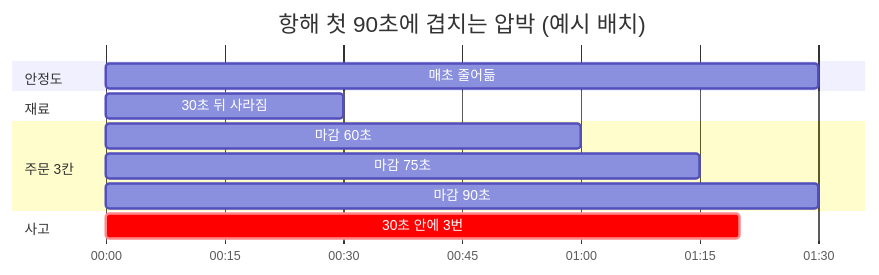
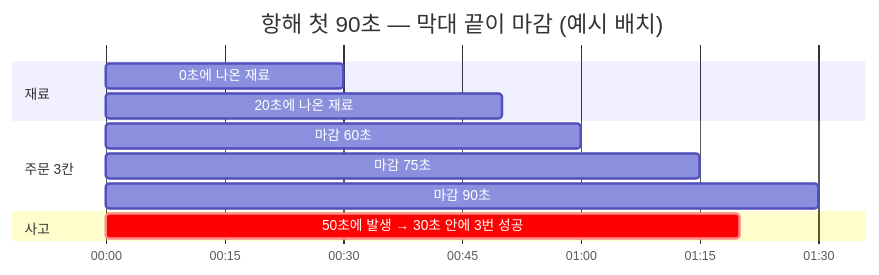
One commit to rlawlsdn77/portfolio changed the first of 8 diagrams in src/OverFixed/OverFixed_기술문서.md. Above: the diagram before and after it, drawn with Mermaid. The commit also changed other lines of this file, not shown here.

````diff
--- a/src/OverFixed/OverFixed_기술문서.md
+++ b/src/OverFixed/OverFixed_기술문서.md
@@ -40,18 +40,17 @@
 ```mermaid
 %%{init: {"gantt": {"useWidth": 720}}}%%
 gantt
-    title 항해 첫 90초에 겹치는 압박 (예시 배치)
+    title 항해 첫 90초 — 막대 끝이 마감 (예시 배치)
     dateFormat X
     axisFormat %M:%S
     tickInterval 15second
-    section 안정도
-    매초 줄어듦 :0, 90
     section 재료
-    30초 뒤 사라짐 :0, 30
+    0초에 나온 재료 :0, 30
+    20초에 나온 재료 :20, 50
     section 주문 3칸
     마감 60초 :0, 60
     마감 75초 :0, 75
     마감 90초 :0, 90
     section 사고
-    30초 안에 3번 :crit, 50, 80
+    50초에 발생 → 30초 안에 3번 성공 :crit, 50, 80
 ```
````
